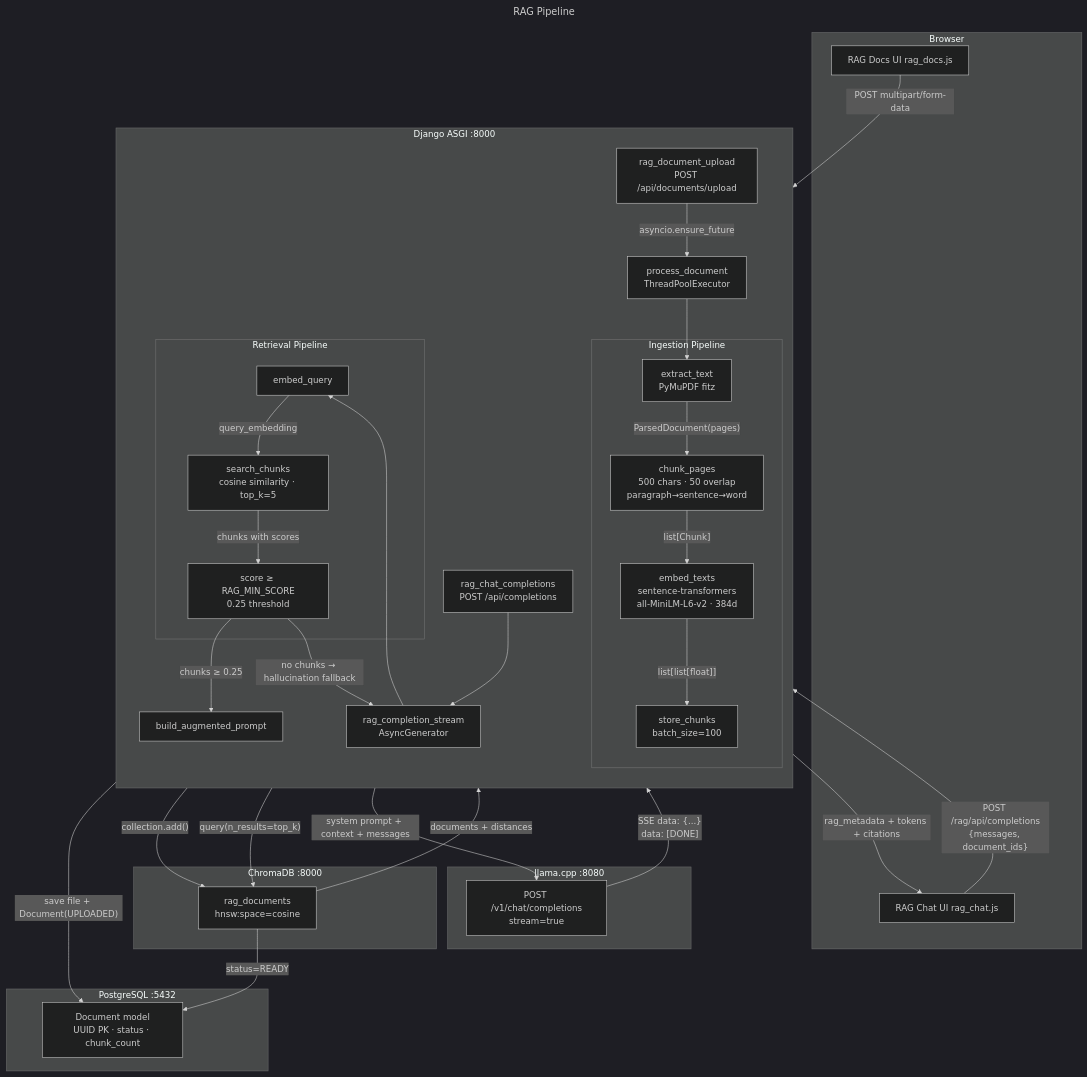
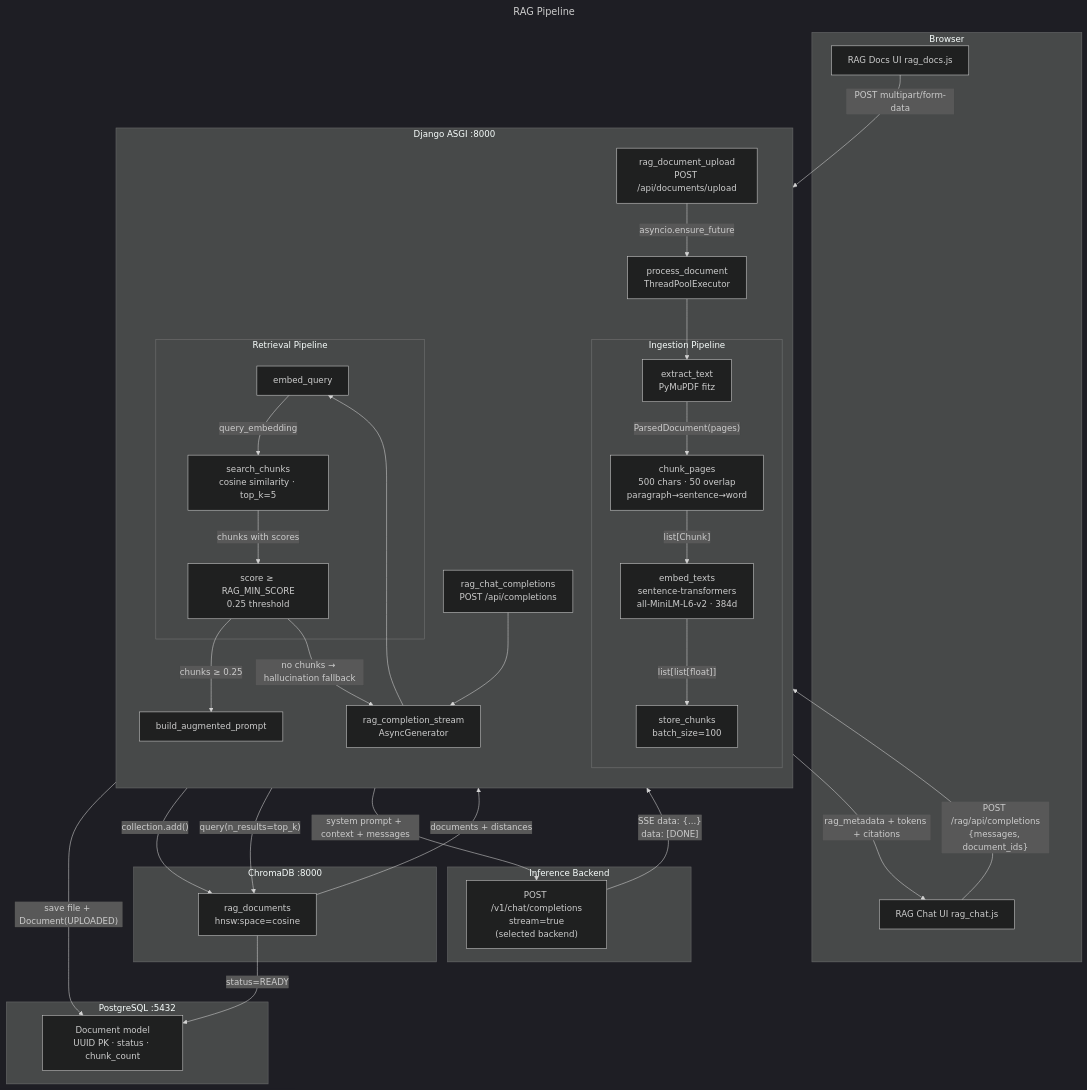
One commit to saumitra91/ai-inference-gateway-platform changed the second of 2 diagrams in README.md. Above: the diagram before and after it, drawn with Mermaid (dark theme). The commit also changed other lines of this file and 19 other files, not shown here.

````diff
--- a/README.md
+++ b/README.md
@@ -204,69 +258,67 @@
 ```mermaid
 ---
 title: RAG Pipeline
 ---
 flowchart TB
     subgraph Client["Browser"]
         UI["RAG Chat UI rag_chat.js"]
         DOC["RAG Docs UI rag_docs.js"]
     end
 
     subgraph Django["Django ASGI :8000"]
         direction TB
         UPL["rag_document_upload\nPOST /api/documents/upload"]
         PROC["process_document\nThreadPoolExecutor"]
         CHAT["rag_chat_completions\nPOST /api/completions"]
         AUG["build_augmented_prompt"]
         STREAM["rag_completion_stream\nAsyncGenerator"]
 
         subgraph Ingest["Ingestion Pipeline"]
             EXTRACT["extract_text\nPyMuPDF fitz"]
             CHUNK["chunk_pages\n500 chars · 50 overlap\nparagraph→sentence→word"]
             EMBED["embed_texts\nsentence-transformers\nall-MiniLM-L6-v2 · 384d"]
             STORE["store_chunks\nbatch_size=100"]
         end
 
         subgraph Retrieve["Retrieval Pipeline"]
             QEMBED["embed_query"]
             SEARCH["search_chunks\ncosine similarity · top_k=5"]
             FILTER["score ≥ RAG_MIN_SCORE\n0.25 threshold"]
         end
     end
 
     subgraph ChromaDB["ChromaDB :8000"]
         COLL["rag_documents\nhnsw:space=cosine"]
     end
 
-    subgraph LLM["llama.cpp :8080"]
-        INFER["POST /v1/chat/completions\nstream=true"]
+    subgraph LLM["Inference Backend"]
+        INFER["POST /v1/chat/completions\nstream=true\n(selected backend)"]
     end
 
     subgraph Storage["PostgreSQL :5432"]
         DOCS["Document model\nUUID PK · status · chunk_count"]
     end
 
-    %% Ingestion flow
     DOC -->|"POST multipart/form-data"| UPL
     UPL -->|"save file + Document(UPLOADED)"| DOCS
     UPL -->|"asyncio.ensure_future"| PROC
     PROC --> EXTRACT
     EXTRACT -->|"ParsedDocument(pages)"| CHUNK
     CHUNK -->|"list[Chunk]"| EMBED
     EMBED -->|"list[list[float]]"| STORE
     STORE -->|"collection.add()"| COLL
     COLL -->|"status=READY"| DOCS
 
-    %% Inference flow
     UI -->|"POST /rag/api/completions\n{messages, document_ids}"| CHAT
     CHAT --> STREAM
     STREAM --> QEMBED
     QEMBED -->|"query_embedding"| SEARCH
     SEARCH -->|"query(n_results=top_k)"| COLL
     COLL -->|"documents + distances"| SEARCH
     SEARCH -->|"chunks with scores"| FILTER
     FILTER -->|"chunks ≥ 0.25"| AUG
     FILTER -->|"no chunks → hallucination fallback"| STREAM
     AUG -->|"system prompt + context + messages"| INFER
     INFER -->|"SSE data: {...}\ndata: [DONE]"| STREAM
     STREAM -->|"rag_metadata + tokens + citations"| UI
 ```
````
